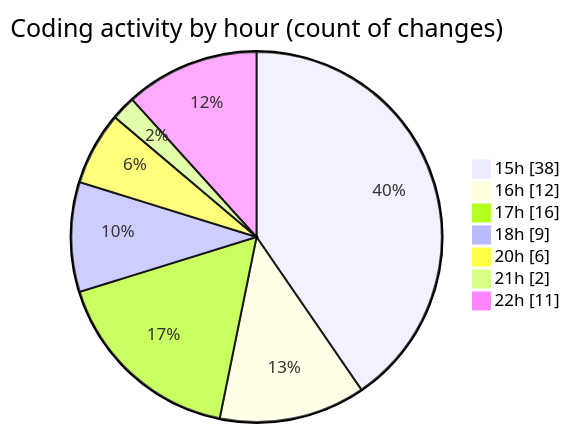
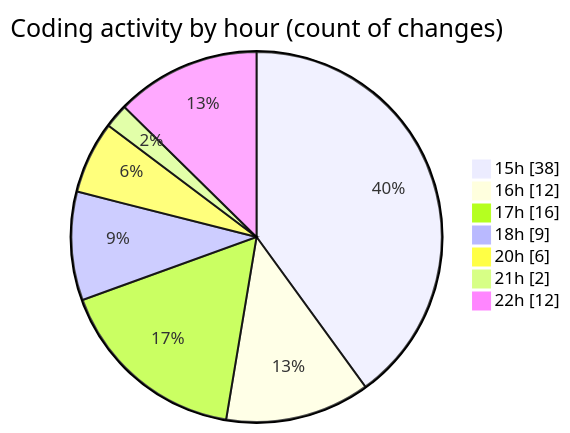
Before and after one commit to nxtqubesakshisongat/code-tracking: the second of 2 diagrams in 2025-09-08/cashcalculator/README.md, drawn with Mermaid. The commit also changed other lines of this file and 1 other file, not shown here.

````diff
--- a/2025-09-08/cashcalculator/README.md
+++ b/2025-09-08/cashcalculator/README.md
@@ -28,11 +28,11 @@
 ```mermaid
 pie showData
 title Coding activity by hour (count of changes)
 "15h" : 38
 "16h" : 12
 "17h" : 16
 "18h" : 9
 "20h" : 6
 "21h" : 2
-"22h" : 11
+"22h" : 12
 ```
````
